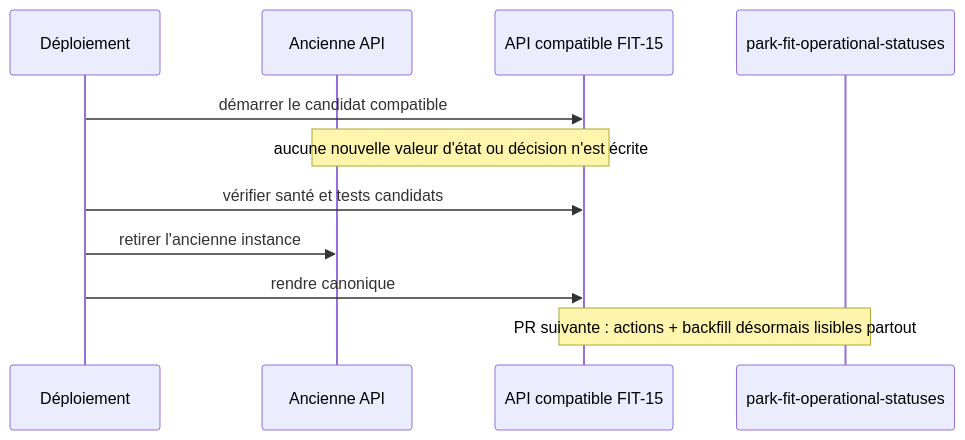
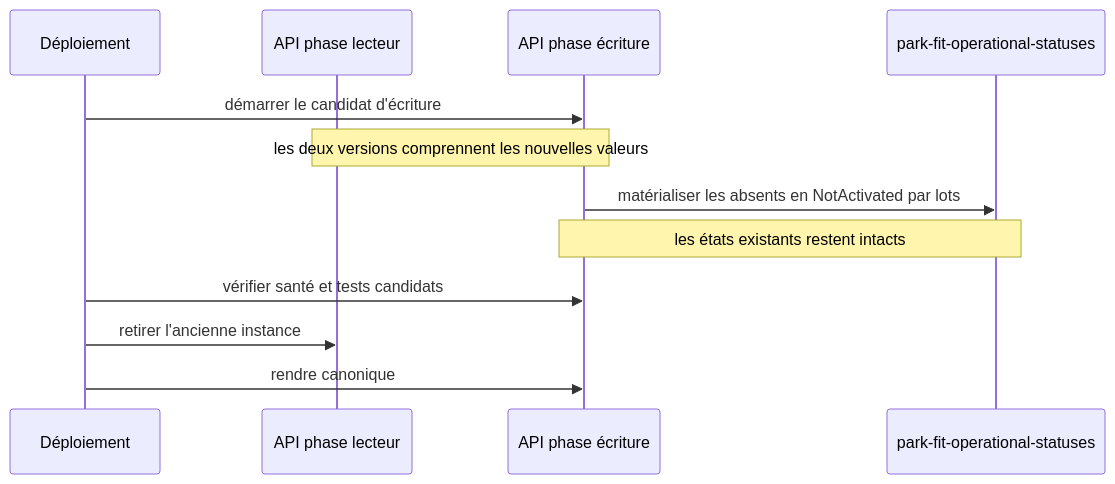
One commit to Ced59/AmusementParkProject changed the third of 4 diagrams in docs/architecture/product-growth-fit-15-portfolio-activation-2026-09-14.md. Above: the diagram before and after it, drawn with Mermaid. The commit also changed other lines of this file and 12 other files, not shown here.

````diff
--- a/docs/architecture/product-growth-fit-15-portfolio-activation-2026-09-14.md
+++ b/docs/architecture/product-growth-fit-15-portfolio-activation-2026-09-14.md
@@ -181,14 +204,15 @@
 ```mermaid
 sequenceDiagram
     participant D as Déploiement
-    participant A0 as Ancienne API
-    participant A1 as API compatible FIT-15
+    participant A0 as API phase lecteur
+    participant A1 as API phase écriture
     participant S as park-fit-operational-statuses
 
-    D->>A1: démarrer le candidat compatible
-    Note over A0,A1: aucune nouvelle valeur d'état ou décision n'est écrite
+    D->>A1: démarrer le candidat d'écriture
+    Note over A0,A1: les deux versions comprennent les nouvelles valeurs
+    A1->>S: matérialiser les absents en NotActivated par lots
+    Note over A1,S: les états existants restent intacts
     D->>A1: vérifier santé et tests candidats
     D->>A0: retirer l'ancienne instance
     D->>A1: rendre canonique
-    Note over A1,S: PR suivante : actions + backfill désormais lisibles partout
 ```
````
